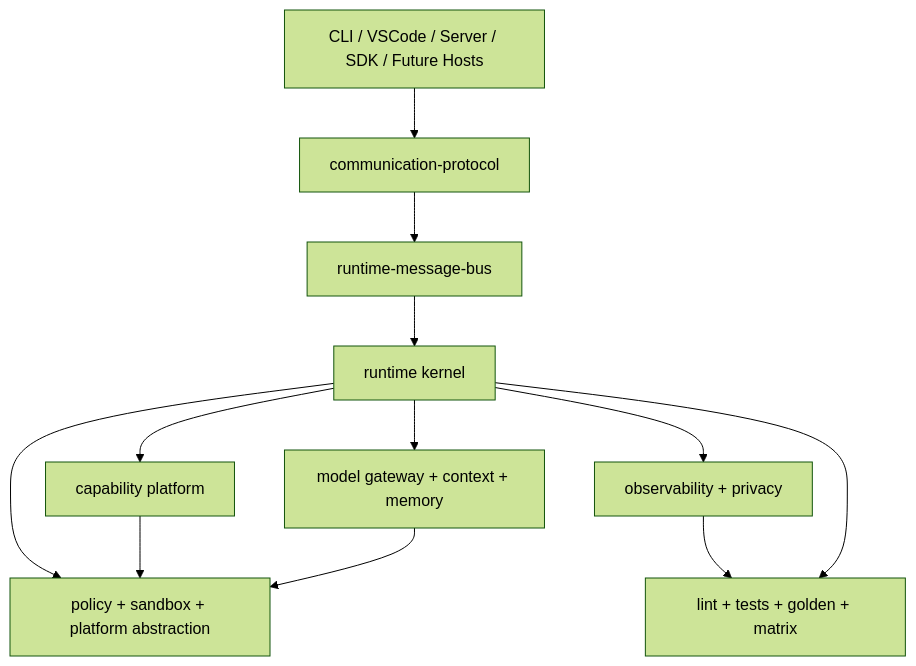
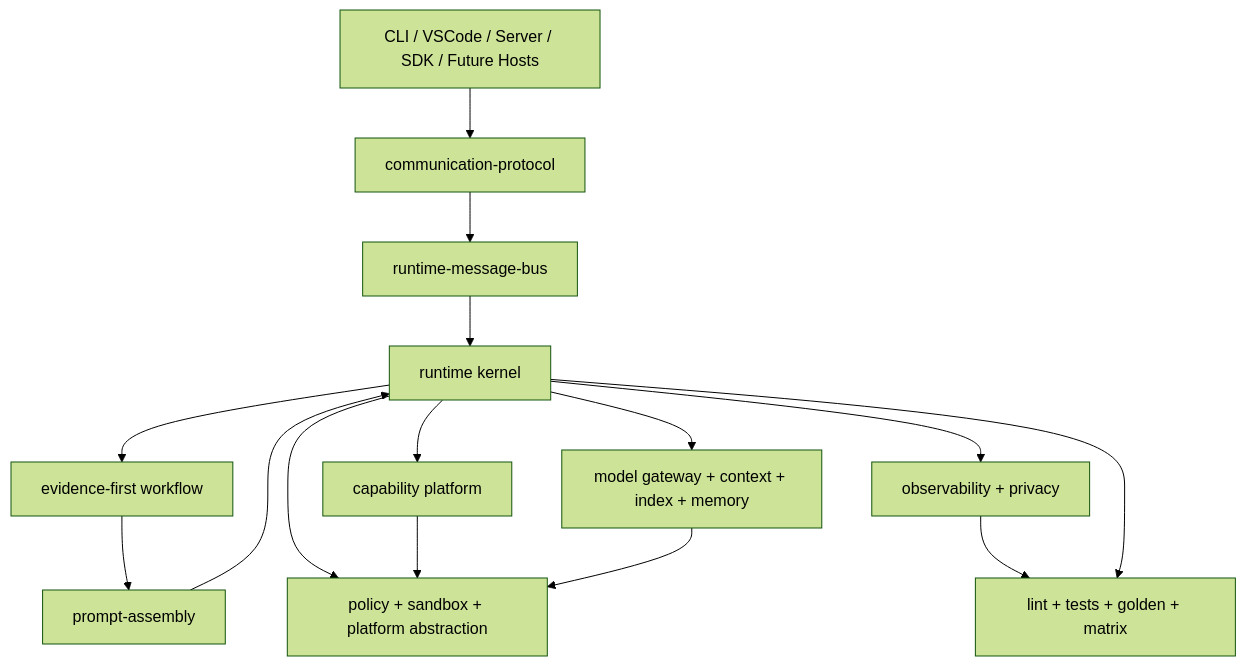
One commit to ankye/deepseek-cli changed the diagram in docs/architecture/system-overview.md. Above: the diagram before and after it, drawn with Mermaid (forest theme). The commit also changed other lines of this file and 54 other files, not shown here.

Commit message:
feat: add evidence-first agent workflow

````diff
--- a/docs/architecture/system-overview.md
+++ b/docs/architecture/system-overview.md
@@ -9,24 +9,29 @@
 ```mermaid
 flowchart TB
   Host[CLI / VSCode / Server / SDK / Future Hosts]
   Protocol[communication-protocol]
   Bus[runtime-message-bus]
   Kernel[runtime kernel]
+  Evidence[evidence-first workflow]
+  Prompt[prompt-assembly]
   Capability[capability platform]
   Governance[policy + sandbox + platform abstraction]
-  Context[model gateway + context + memory]
+  Context[model gateway + context + index + memory]
   Obs[observability + privacy]
   Quality[lint + tests + golden + matrix]
 
   Host --> Protocol
   Protocol --> Bus
   Bus --> Kernel
+  Kernel --> Evidence
+  Evidence --> Prompt
+  Prompt --> Kernel
   Kernel --> Capability
   Kernel --> Governance
   Kernel --> Context
   Kernel --> Obs
   Capability --> Governance
   Context --> Governance
   Obs --> Quality
   Kernel --> Quality
 ```
````
